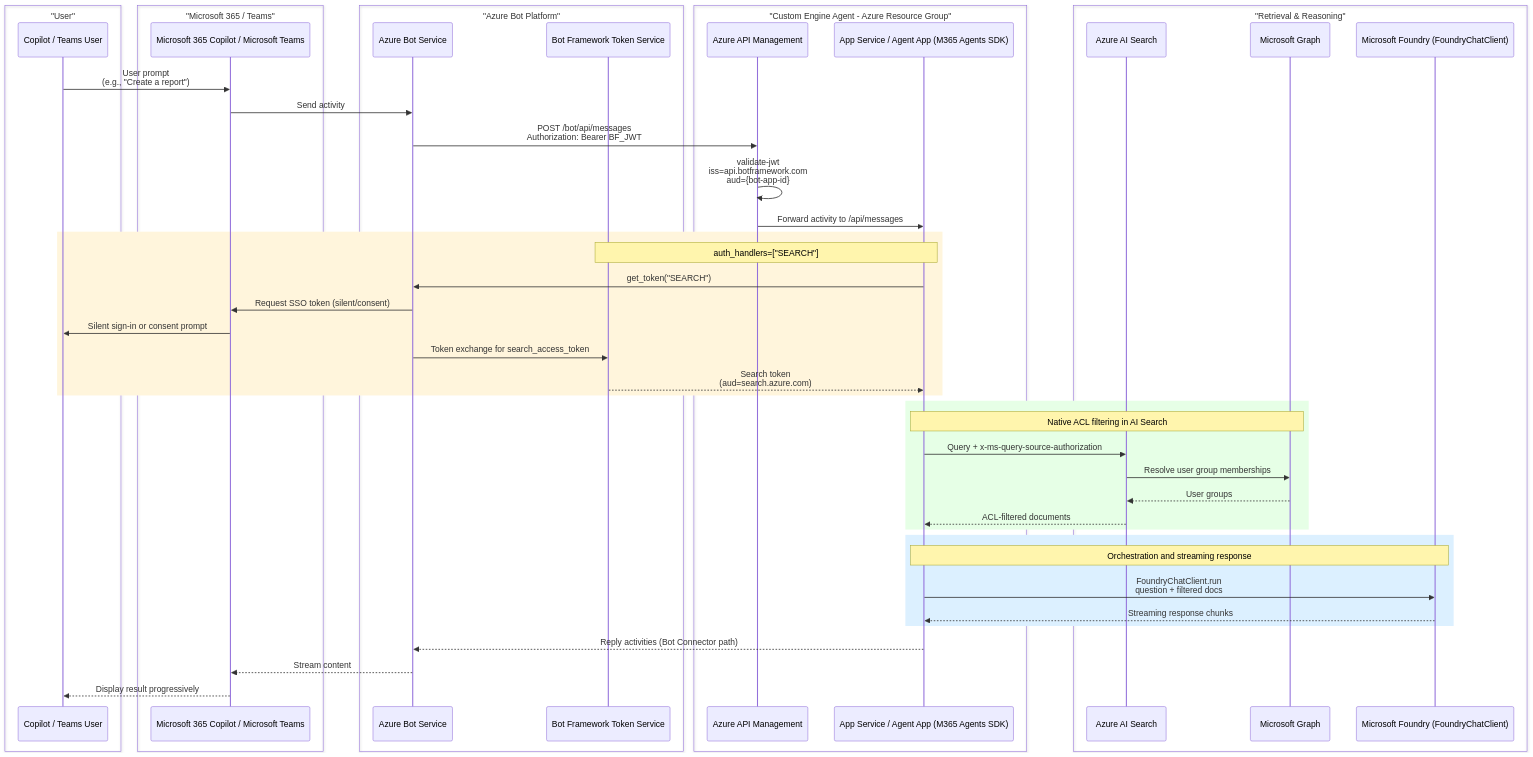
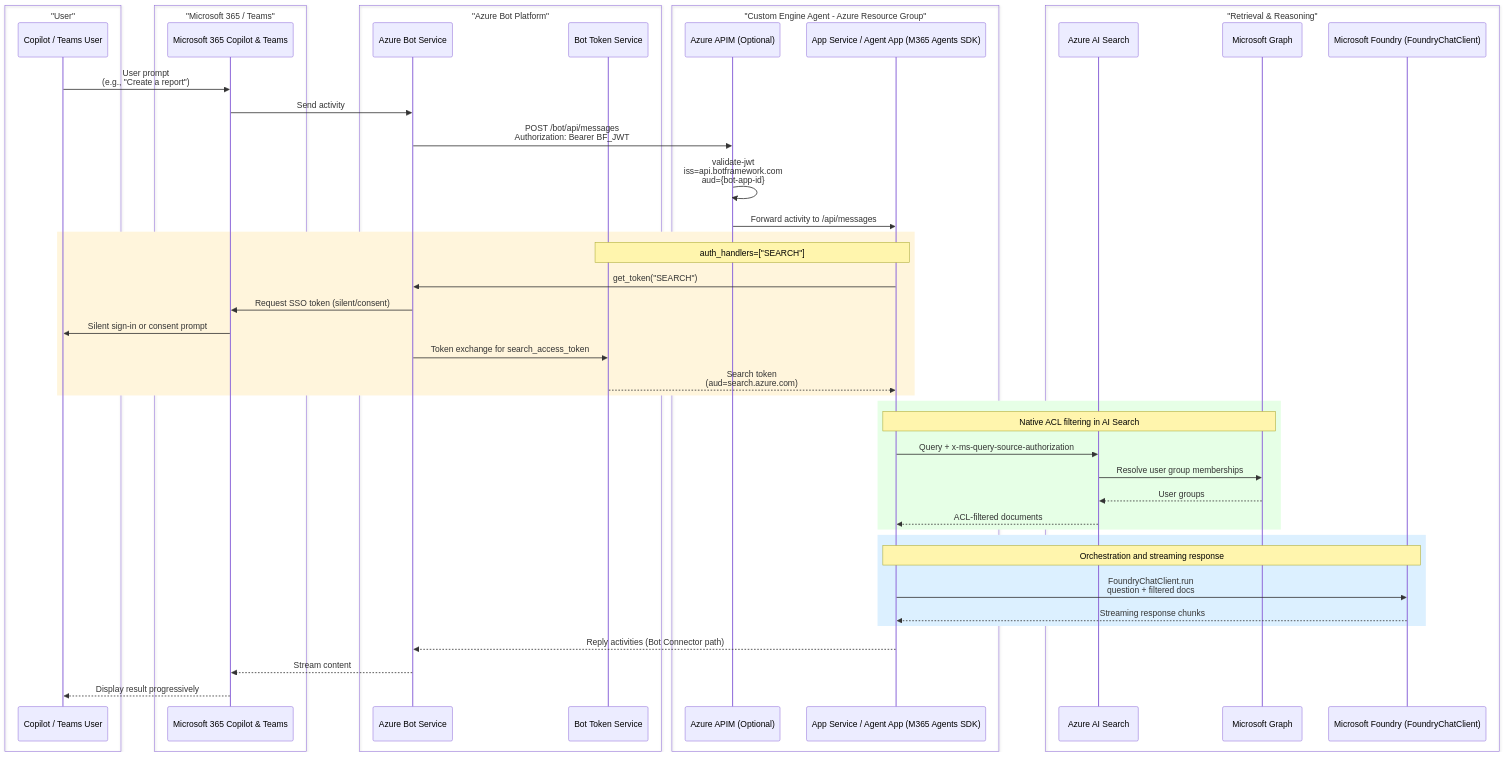
One commit to Azure-Samples/bring-your-own-agent-to-m365-accelerator changed the diagram in README.md. Above: the diagram before and after it, drawn with Mermaid.

Commit message:
docs: Update diagram.

````diff
--- a/README.md
+++ b/README.md
@@ -11,65 +11,65 @@
 ```mermaid
 sequenceDiagram
     %% Groups
     box "User"
         participant U as Copilot / Teams User
     end
 
     box "Microsoft 365 / Teams"
-        participant M as Microsoft 365 Copilot / Microsoft Teams
+        participant M as Microsoft 365 Copilot & Teams
     end
 
     box "Azure Bot Platform"
         participant B as Azure Bot Service
-        participant T as Bot Framework Token Service
+        participant T as Bot Token Service
     end
 
     box "Custom Engine Agent - Azure Resource Group"
-        participant APIM as Azure API Management
+        participant AP as Azure APIM (Optional)
         participant P as App Service / Agent App (M365 Agents SDK)
     end
 
     box "Retrieval & Reasoning"
         participant S as Azure AI Search
         participant G as Microsoft Graph
         participant F as Microsoft Foundry (FoundryChatClient)
     end
 
     %% Inbound Message Flow
     U->>M: User prompt<br/>(e.g., "Create a report")
     M->>B: Send activity
-    B->>APIM: POST /bot/api/messages<br/>Authorization: Bearer BF_JWT
-    APIM->>APIM: validate-jwt<br/>iss=api.botframework.com<br/>aud={bot-app-id}
-    APIM->>P: Forward activity to /api/messages
+    B->>AP: POST /bot/api/messages<br/>Authorization: Bearer BF_JWT
+    AP->>AP: validate-jwt<br/>iss=api.botframework.com<br/>aud={bot-app-id}
+    AP->>P: Forward activity to /api/messages
 
     %% Search Token Exchange Flow
     rect rgb(255, 245, 220)
         Note over P,T: auth_handlers=["SEARCH"]
         P->>B: get_token("SEARCH")
         B->>M: Request SSO token (silent/consent)
         M->>U: Silent sign-in or consent prompt
         B->>T: Token exchange for search_access_token
         T-->>P: Search token<br/>(aud=search.azure.com)
     end
 
     %% Per-User Retrieval Flow
     rect rgb(230, 255, 230)
         Note over P,G: Native ACL filtering in AI Search
         P->>S: Query + x-ms-query-source-authorization
         S->>G: Resolve user group memberships
         G-->>S: User groups
         S-->>P: ACL-filtered documents
     end
 
     %% Agent + LLM Flow
     rect rgb(220, 240, 255)
         Note over P,F: Orchestration and streaming response
         P->>F: FoundryChatClient.run<br/>question + filtered docs
         F-->>P: Streaming response chunks
     end
 
     %% Outbound Reply Flow (direct, not via APIM)
     P-->>B: Reply activities (Bot Connector path)
     B-->>M: Stream content
     M-->>U: Display result progressively
 ```
````
